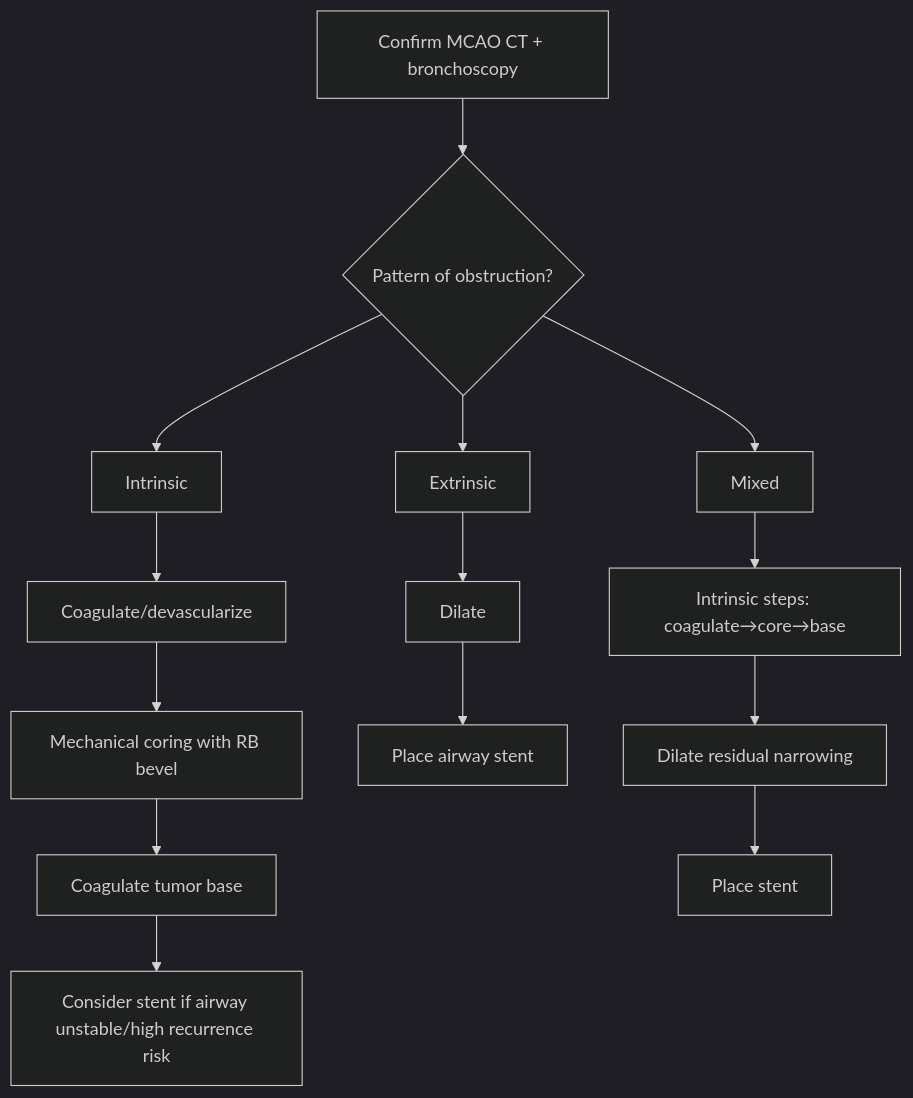
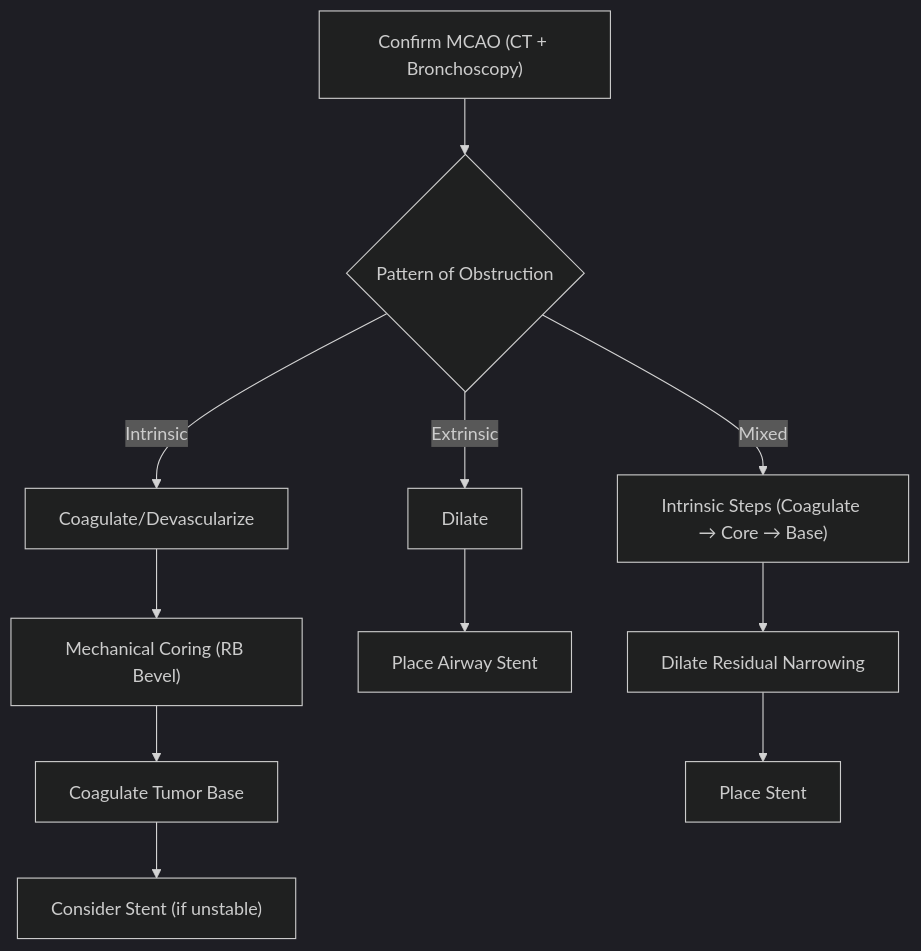
The first of 2 diagrams in content/modules/board/rigid-bronchoscopy-indications-technique.mdx (russellmiller49/Interventional-Pulm-Education-Project), drawn with Mermaid (dark theme) before and after one commit. The commit also changed other lines of this file and 45 other files, not shown here.

````diff
--- a/content/modules/board/rigid-bronchoscopy-indications-technique.mdx
+++ b/content/modules/board/rigid-bronchoscopy-indications-technique.mdx
@@ -147,16 +149,13 @@
 ```mermaid
-flowchart TD
-A[Confirm MCAO CT + bronchoscopy] --> B{Pattern of obstruction?}
-B --> C[Intrinsic]
-B --> D[Extrinsic]
-B --> E[Mixed]
-C --> C1[Coagulate/devascularize]
-C1 --> C2[Mechanical coring with RB bevel]
-C2 --> C3[Coagulate tumor base]
-C3 --> C4[Consider stent if airway unstable/high recurrence risk]
-D --> D1[Dilate]
-D1 --> D2[Place airway stent]
-E --> E1[Intrinsic steps: coagulate→core→base]
-E1 --> E2[Dilate residual narrowing]
-E2 --> E3[Place stent]
+graph TD
+        A["Confirm MCAO (CT + Bronchoscopy)"] --> B{"Pattern of Obstruction"}
+        B -->|Intrinsic| C["Coagulate/Devascularize"]
+        C --> D["Mechanical Coring (RB Bevel)"]
+        D --> E["Coagulate Tumor Base"]
+        E --> F["Consider Stent (if unstable)"]
+        B -->|Extrinsic| G["Dilate"]
+        G --> H["Place Airway Stent"]
+        B -->|Mixed| I["Intrinsic Steps (Coagulate → Core → Base)"]
+        I --> J["Dilate Residual Narrowing"]
+        J --> K["Place Stent"]
 ```
````
